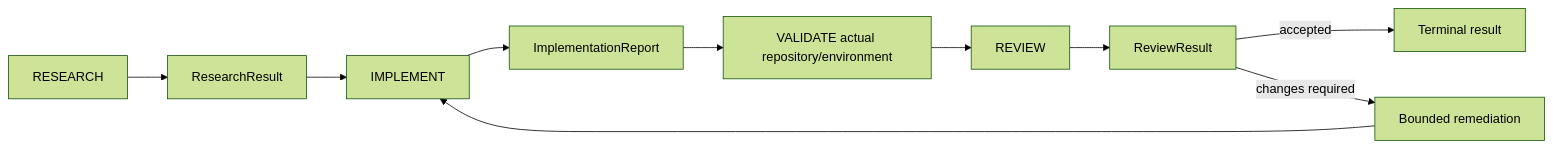
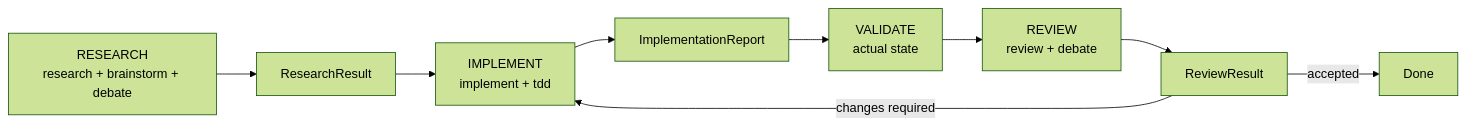
Before and after one commit to tsuuanmi/AgentOS: the fourth of 8 diagrams in docs/architecture/interaction-model.md, drawn with Mermaid (forest theme). The commit also changed other lines of this file, not shown here.

```diff
--- a/docs/architecture/interaction-model.md
+++ b/docs/architecture/interaction-model.md
@@ -118,13 +97,11 @@
 ~~~mermaid
 flowchart LR
-    R[RESEARCH] --> RR[ResearchResult]
-    RR --> I[IMPLEMENT]
+    R[RESEARCH<br/>research + brainstorm + debate] --> RR[ResearchResult]
+    RR --> I[IMPLEMENT<br/>implement + tdd]
     I --> IR[ImplementationReport]
-    IR --> V[VALIDATE actual repository/environment]
-    V --> RV[REVIEW]
+    IR --> V[VALIDATE<br/>actual state]
+    V --> RV[REVIEW<br/>review + debate]
     RV --> RVR[ReviewResult]
-
-    RVR -->|accepted| DONE[Terminal result]
-    RVR -->|changes required| REM[Bounded remediation]
-    REM --> I
+    RVR -->|accepted| DONE[Done]
+    RVR -->|changes required| I
 ~~~
```
